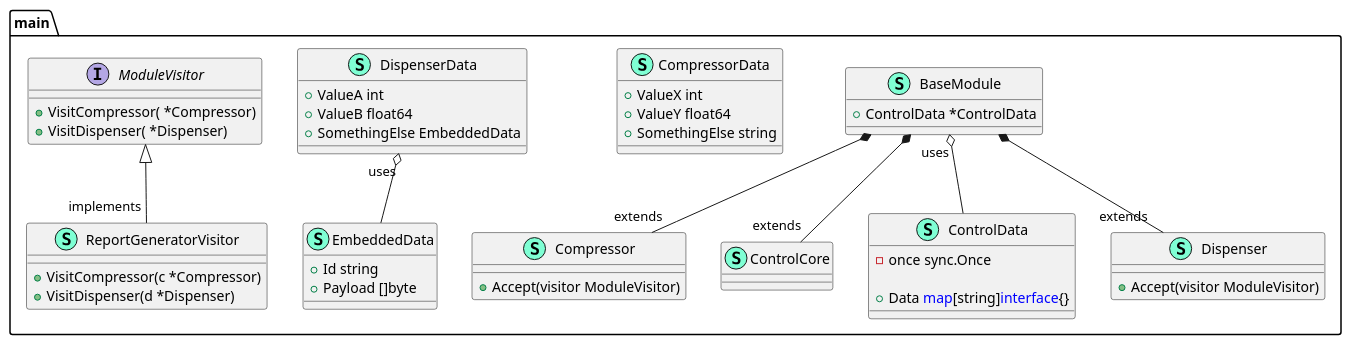
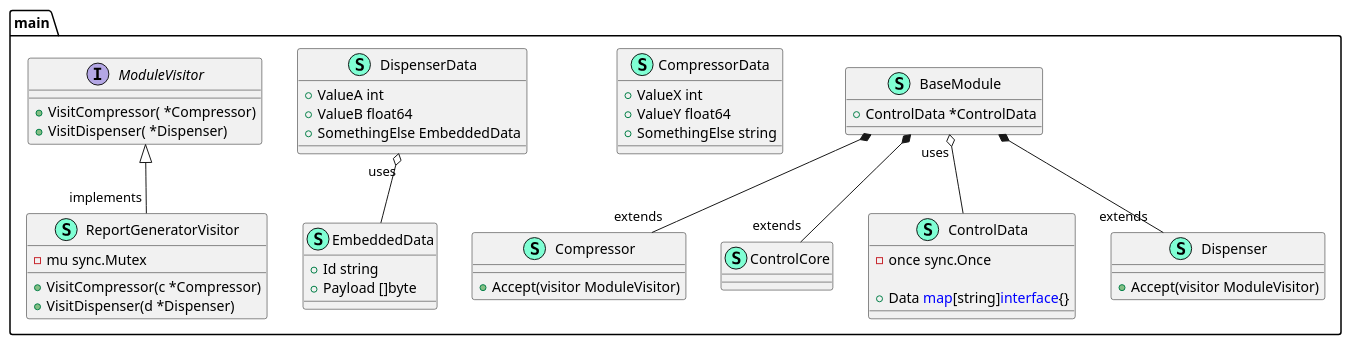
One commit to JessevGoolFMI/visitorPattern changed the diagram in UML/plantuml.puml. Above: the diagram before and after it, drawn with PlantUML.

Commit message:
Mutex in UML

```diff
--- a/UML/plantuml.puml
+++ b/UML/plantuml.puml
@@ -1,60 +1,62 @@
 @startuml
 namespace main {
     class BaseModule << (S,Aquamarine) >> {
         + ControlData *ControlData
 
     }
     class Compressor << (S,Aquamarine) >> {
         + Accept(visitor ModuleVisitor) 
 
     }
     class CompressorData << (S,Aquamarine) >> {
         + ValueX int
         + ValueY float64
         + SomethingElse string
 
     }
     class ControlCore << (S,Aquamarine) >> {
     }
     class ControlData << (S,Aquamarine) >> {
         - once sync.Once
 
         + Data <font color=blue>map</font>[string]<font color=blue>interface</font>{}
 
     }
     class Dispenser << (S,Aquamarine) >> {
         + Accept(visitor ModuleVisitor) 
 
     }
     class DispenserData << (S,Aquamarine) >> {
         + ValueA int
         + ValueB float64
         + SomethingElse EmbeddedData
 
     }
     class EmbeddedData << (S,Aquamarine) >> {
         + Id string
         + Payload []byte
 
     }
     interface ModuleVisitor  {
         + VisitCompressor( *Compressor) 
         + VisitDispenser( *Dispenser) 
 
     }
     class ReportGeneratorVisitor << (S,Aquamarine) >> {
+        - mu sync.Mutex
+
         + VisitCompressor(c *Compressor) 
         + VisitDispenser(d *Dispenser) 
 
     }
 }
 "main.BaseModule" *-- "extends""main.Compressor"
 "main.BaseModule" *-- "extends""main.ControlCore"
 "main.BaseModule" *-- "extends""main.Dispenser"
 
 "main.ModuleVisitor" <|-- "implements""main.ReportGeneratorVisitor"
 
 "main.BaseModule""uses" o-- "main.ControlData"
 "main.DispenserData""uses" o-- "main.EmbeddedData"
 
 @enduml
```
